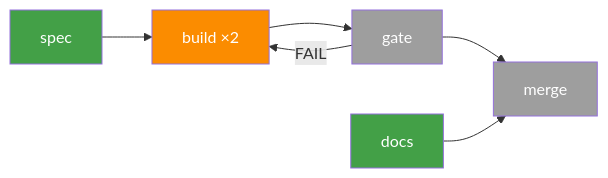
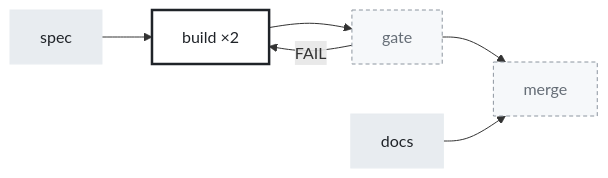
Before and after one commit to av/skills: the diagram in workgraph/SKILL.md, drawn with Mermaid. The commit also changed other lines of this file and 10 other files, not shown here.

````diff
--- a/workgraph/SKILL.md
+++ b/workgraph/SKILL.md
@@ -231,16 +231,16 @@
 ```mermaid
 flowchart LR
   spec --> build["build ×2"] --> gate
   gate -- FAIL --> build
   gate --> merge
   docs --> merge
   class spec,docs verified
   class build running
   class gate,merge pending
-  classDef pending fill:#9e9e9e,color:#fff
-  classDef ready fill:#1e88e5,color:#fff
-  classDef running fill:#fb8c00,color:#fff
-  classDef verified fill:#43a047,color:#fff
-  classDef failed fill:#e53935,color:#fff
-  classDef escalated fill:#8e24aa,color:#fff
+  classDef pending fill:#f6f8fa,stroke:#8c959f,stroke-dasharray:4 3,color:#656d76
+  classDef ready fill:#ffffff,stroke:#8c959f,color:#1f2328
+  classDef running fill:#ffffff,stroke:#1f2328,stroke-width:2.5px,color:#1f2328
+  classDef verified fill:#e8ecf0,stroke:#e8ecf0,color:#1f2328
+  classDef failed fill:#cf222e,stroke:#cf222e,color:#ffffff
+  classDef escalated fill:#fff8c5,stroke:#9a6700,stroke-width:2px,color:#1f2328
 ```
````
